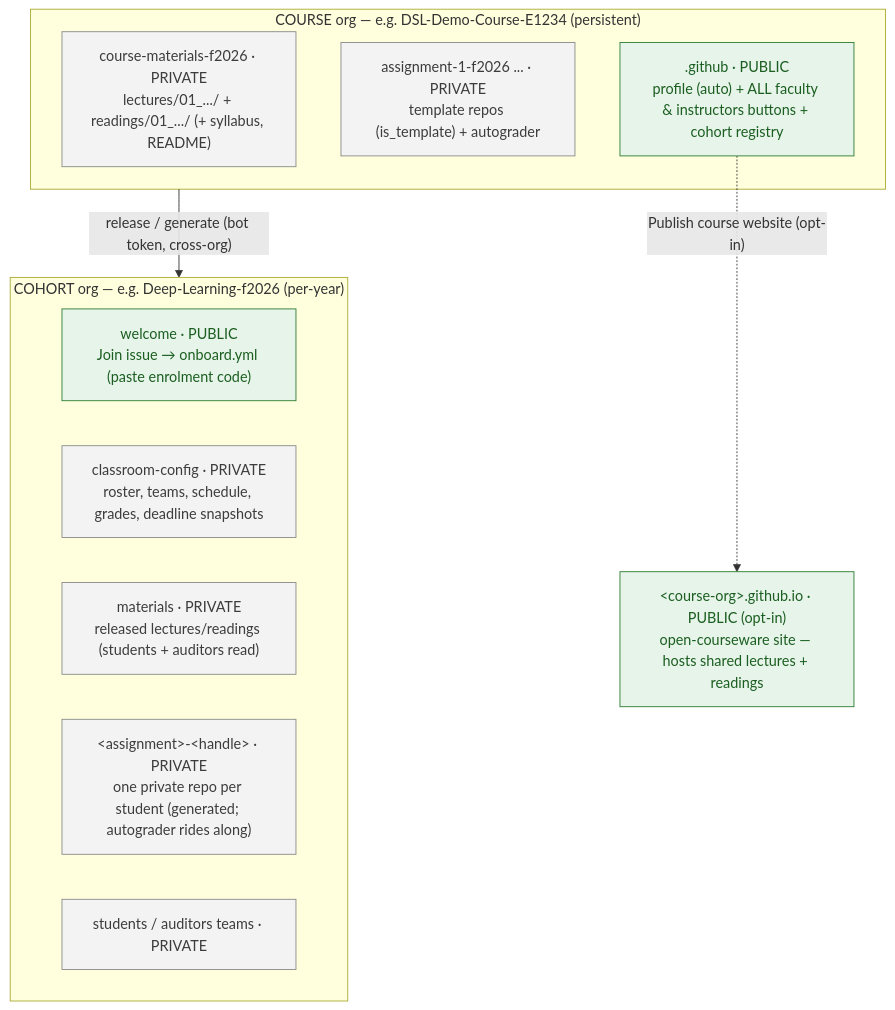
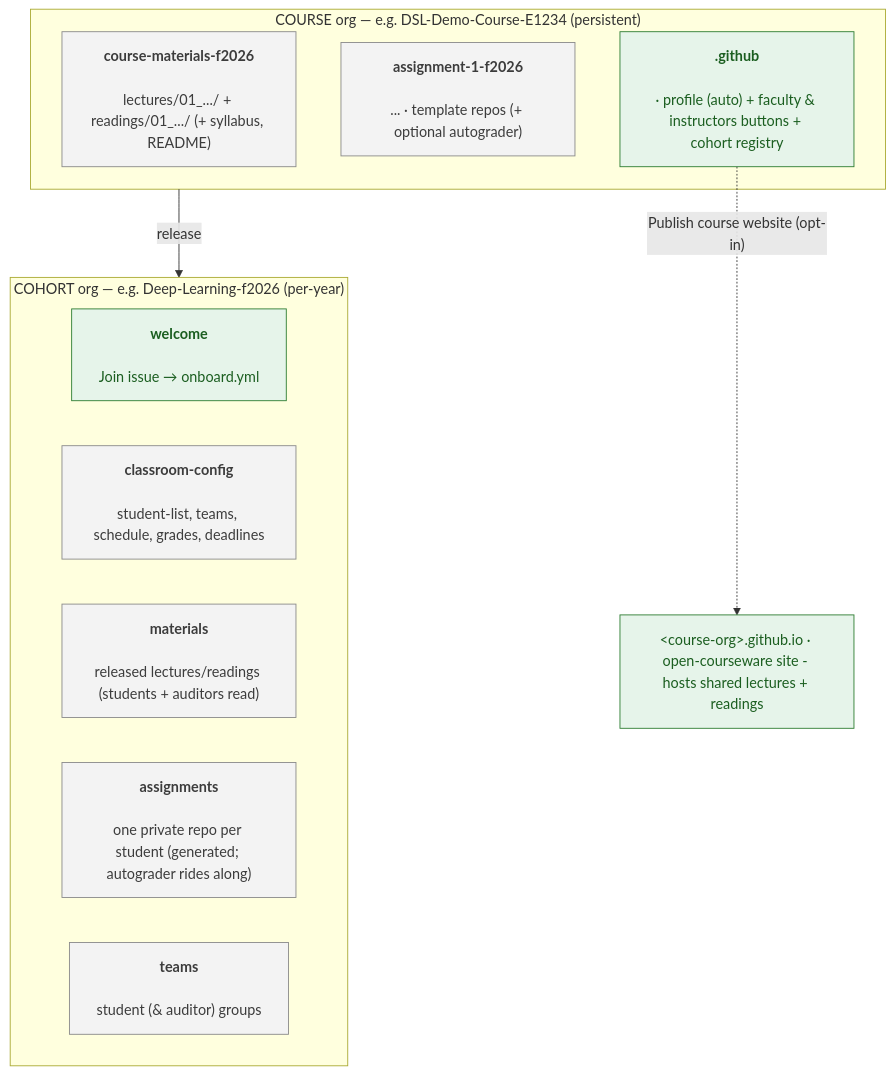
The diagram in README.md (hertie-data-science-lab/dsl-teaching-course-setup), drawn with Mermaid before and after one commit. The commit also changed other lines of this file, not shown here.

````diff
--- a/README.md
+++ b/README.md
@@ -44,26 +38,26 @@
 ```mermaid
 flowchart TB
   subgraph COURSE["COURSE org — e.g. DSL-Demo-Course-E1234 (persistent)"]
-    mat["course-materials-f2026 · PRIVATE<br/>lectures/01_.../ + readings/01_.../ (+ syllabus, README)"]
-    tmpl["assignment-1-f2026 ... · PRIVATE<br/>template repos (is_template) + autograder"]
-    gh[".github · PUBLIC<br/>profile (auto) + ALL faculty & instructors buttons + cohort registry"]
+    mat["<strong>course-materials-f2026</strong><br/><br/>lectures/01_.../ + readings/01_.../ (+ syllabus, README)"]
+    tmpl["<strong>assignment-1-f2026</strong><br/><br/>... · template repos (+ optional autograder)"]
+    gh["<strong>.github</strong><br/><br/>· profile (auto) + faculty & instructors buttons + cohort registry"]
   end
 
   subgraph COHORT["COHORT org — e.g. Deep-Learning-f2026 (per-year)"]
-    welcome["welcome · PUBLIC<br/>Join issue → onboard.yml (paste enrolment code)"]
-    cfg["classroom-config · PRIVATE<br/>roster, teams, schedule, grades, deadline snapshots"]
-    cmat["materials · PRIVATE<br/>released lectures/readings (students + auditors read)"]
-    repos["&lt;assignment&gt;-&lt;handle&gt; · PRIVATE<br/>one private repo per student (generated; autograder rides along)"]
-    team["students / auditors teams · PRIVATE"]
+    welcome["<strong>welcome</strong><br/><br/>Join issue → onboard.yml"]
+    cfg["<strong>classroom-config</strong><br/><br/>student-list, teams, schedule, grades, deadlines"]
+    cmat["<strong>materials</strong><br/><br/>released lectures/readings (students + auditors read)"]
+    repos["<strong>assignments</strong><br/><br/>one private repo per student (generated; autograder rides along)"]
+    team["<strong>teams</strong><br/><br/>student (& auditor) groups"]
   end
 
-  pub["&lt;course-org&gt;.github.io · PUBLIC (opt-in)<br/>open-courseware site — hosts shared lectures + readings"]
+  pub["&lt;course-org&gt;<course>.github.io · open-courseware site - hosts shared lectures + readings"]
 
-  COURSE -->|"release / generate (bot token, cross-org)"| COHORT
+  COURSE -->|"release"| COHORT
   gh -.->|"Publish course website (opt-in)"| pub
 
   classDef public fill:#e6f4ea,stroke:#2e7d32,color:#1b5e20;
   classDef private fill:#f3f3f3,stroke:#8a8a8a,color:#3c3c3c;
   class gh,welcome,pub public;
   class mat,tmpl,cfg,cmat,repos,team private;
 ```
````
